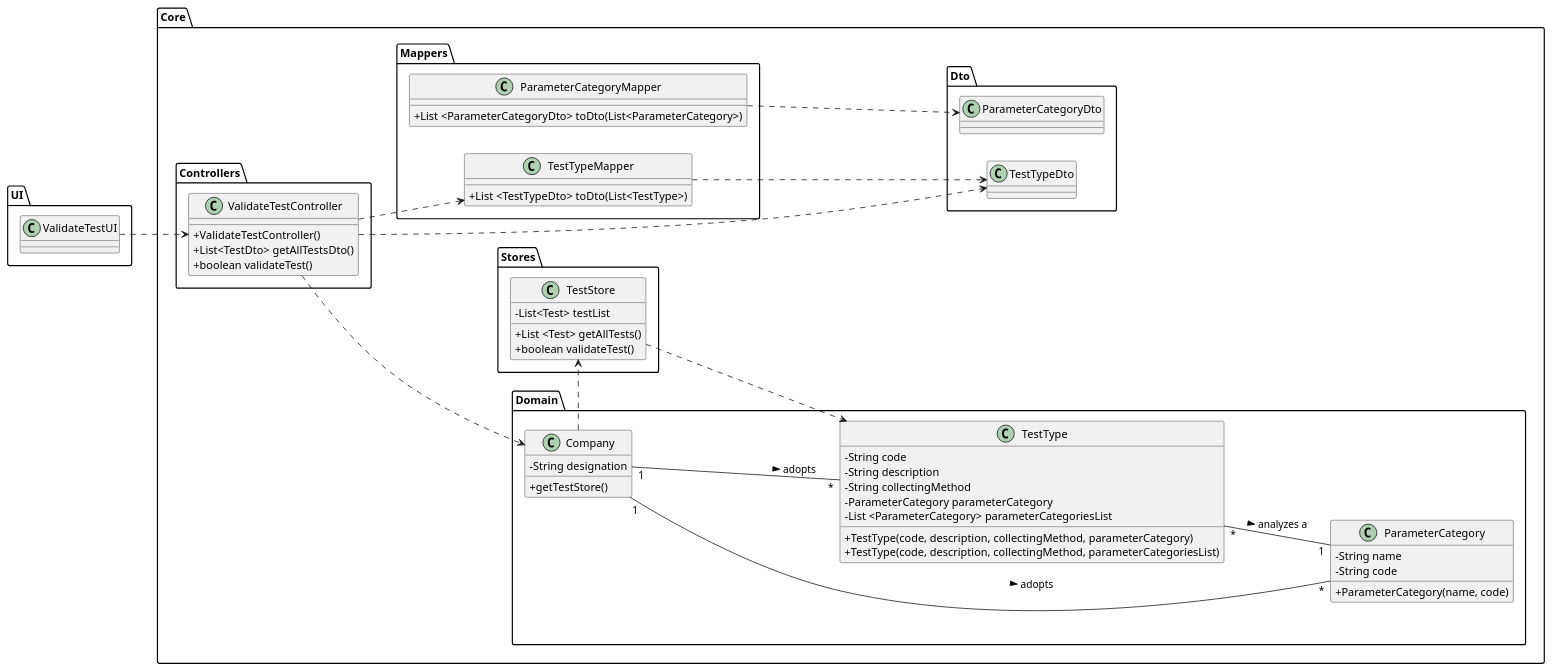
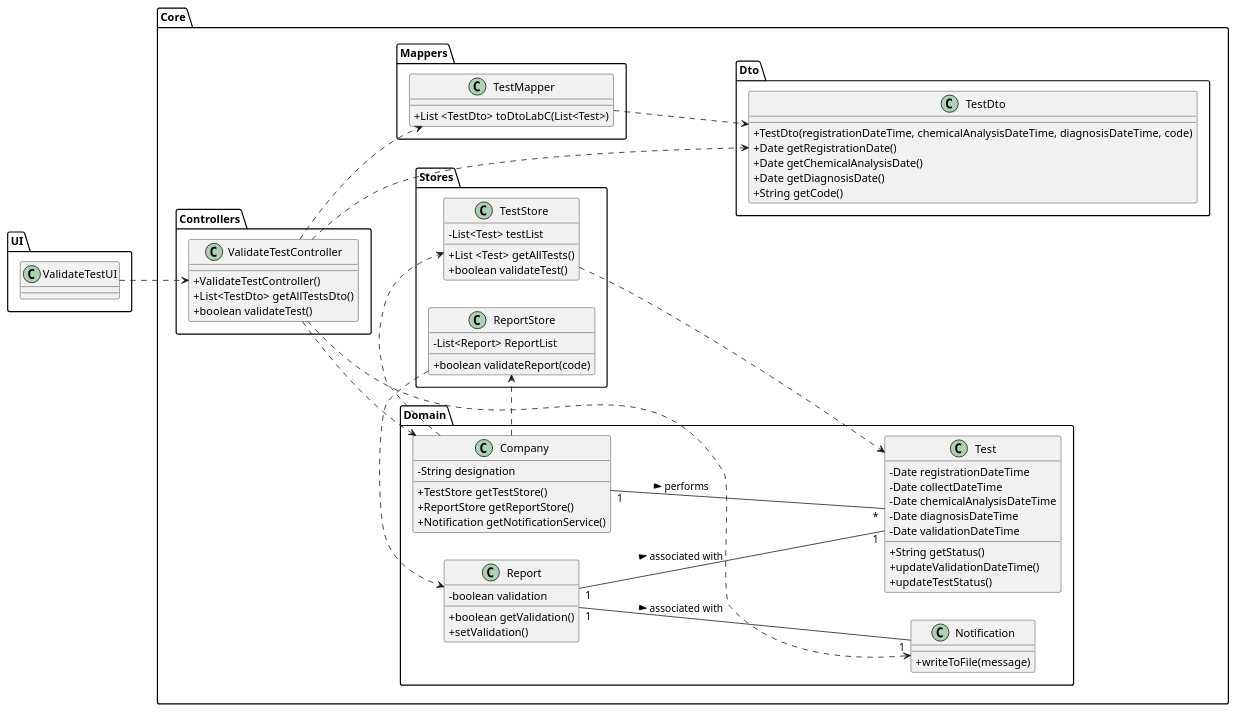
The diagram in docs/SprintC/US15/US15-CD.puml (0franciscor/lei-21-s2-1de-g19), drawn with PlantUML before and after one commit. The commit also changed 9 other files, not shown here.

Commit message:
[US14, US15, DM] - Alterações na classe Report, Alterações dos Diagramas e Alterações no modelo de domínio.

```diff
--- a/docs/SprintC/US15/US15-CD.puml
+++ b/docs/SprintC/US15/US15-CD.puml
@@ -1,97 +1,110 @@
 @startuml
 skinparam classAttributeIconSize 0
 left to right direction
 
 package Core{
 
 package Domain{
 class "Company" as C {
 -String designation
-+getTestStore()
++TestStore getTestStore()
++ReportStore getReportStore()
++Notification getNotificationService()
 }
 
-class "ParameterCategory" as PC{
--String name
--String code
-+ParameterCategory(name, code)
+class "Test" as T {
+-Date registrationDateTime
+-Date collectDateTime
+-Date chemicalAnalysisDateTime
+-Date diagnosisDateTime
+-Date validationDateTime
++String getStatus()
++updateValidationDateTime()
++updateTestStatus()
 }
 
-class "TestType" as TT {
--String code
--String description
--String collectingMethod
--ParameterCategory parameterCategory
--List <ParameterCategory> parameterCategoriesList
-+TestType(code, description, collectingMethod, parameterCategory)
-+TestType(code, description, collectingMethod, parameterCategoriesList)
+class "Report" as R{
+-boolean validation
++boolean getValidation()
++ setValidation()
+}
+
+class "Notification" as N{
++ writeToFile(message)
 }
 
 }
-
-
 
 package Stores{
 class "TestStore" as TS{
 -List<Test> testList
 +List <Test> getAllTests()
 +boolean validateTest()
+}
+
+class "ReportStore" as RS{
+-List<Report> ReportList
++boolean validateReport(code)
 }
 }
 
 
 
 package Controllers{
 class "ValidateTestController" as VTC {
 +ValidateTestController()
 +List<TestDto> getAllTestsDto()
 +boolean validateTest()
 }
 
 
 
 
 
 }
 
 package Mappers{
-class "TestTypeMapper" as ttM{
-+List <TestTypeDto> toDto(List<TestType>)
-}
-
-class "ParameterCategoryMapper" as pcM{
-+List <ParameterCategoryDto> toDto(List<ParameterCategory>)
+class "TestMapper" as tM{
++List <TestDto> toDtoLabC(List<Test>)
 }
 
 }
 
 
 package Dto{
-class "TestTypeDto" as ttDto{
+class "TestDto" as tDto{
++TestDto(registrationDateTime, chemicalAnalysisDateTime, diagnosisDateTime, code)
++Date getRegistrationDate()
++Date getChemicalAnalysisDate()
++Date getDiagnosisDate()
++String getCode()
 }
 
-class "ParameterCategoryDto" as pcDto{
-}
+
 
 }
 
 }
 package UI{
 class "ValidateTestUI" as VTUI
 }
 
 VTUI ..> VTC
 
 C ..> TS
+C ..> RS
 VTC ..> C
-VTC ..> ttM
-VTC ..> ttDto
-TT "*" -- "1" PC : > analyzes a
-TS ..> TT
-ttM ..> ttDto
-pcM ..> pcDto
+VTC ..> tM
+VTC ..> tDto
+VTC ..> N
 
+TS ..> T
+tM ..> tDto
 
-C "1" -- "*" TT : > adopts
-C "1" -- "*" PC : > adopts
+C "1" -- "*" T : > performs
+
+RS ..> R
+R "1" -- "1" T : > associated with
+R "1" -- "1" N : > associated with
 
 @enduml
```
